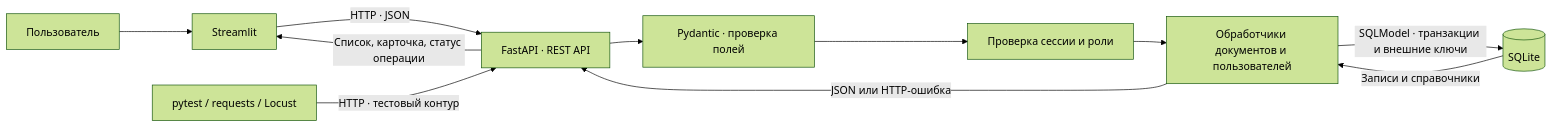
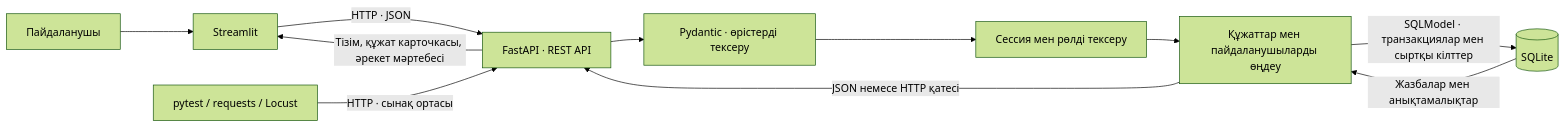
Before and after one commit to kasanovaaruzan74-oss/-: the diagram in labs/08/README.md, drawn with Mermaid (forest theme). The commit also changed other lines of this file and 28 other files, not shown here.

Commit message:
Деканаттың зертханалық жұмыстарын және ER сызбаларын қазақша рәсімдеу

````diff
--- a/labs/08/README.md
+++ b/labs/08/README.md
@@ -18,13 +20,13 @@
 ```mermaid
 flowchart LR
-    person[Пользователь] --> ui[Streamlit]
+    person[Пайдаланушы] --> ui[Streamlit]
     ui -->|HTTP · JSON| api[FastAPI · REST API]
-    check[pytest / requests / Locust] -->|HTTP · тестовый контур| api
-    api --> validation[Pydantic · проверка полей]
-    validation --> auth[Проверка сессии и роли]
-    auth --> service[Обработчики документов и пользователей]
-    service -->|SQLModel · транзакции и внешние ключи| db[(SQLite)]
-    db -->|Записи и справочники| service
-    service -->|JSON или HTTP-ошибка| api
-    api -->|Список, карточка, статус операции| ui
+    check[pytest / requests / Locust] -->|HTTP · сынақ ортасы| api
+    api --> validation[Pydantic · өрістерді тексеру]
+    validation --> auth[Сессия мен рөлді тексеру]
+    auth --> service[Құжаттар мен пайдаланушыларды өңдеу]
+    service -->|SQLModel · транзакциялар мен сыртқы кілттер| db[(SQLite)]
+    db -->|Жазбалар мен анықтамалықтар| service
+    service -->|JSON немесе HTTP қатесі| api
+    api -->|Тізім, құжат карточкасы, әрекет мәртебесі| ui
 ```
````
